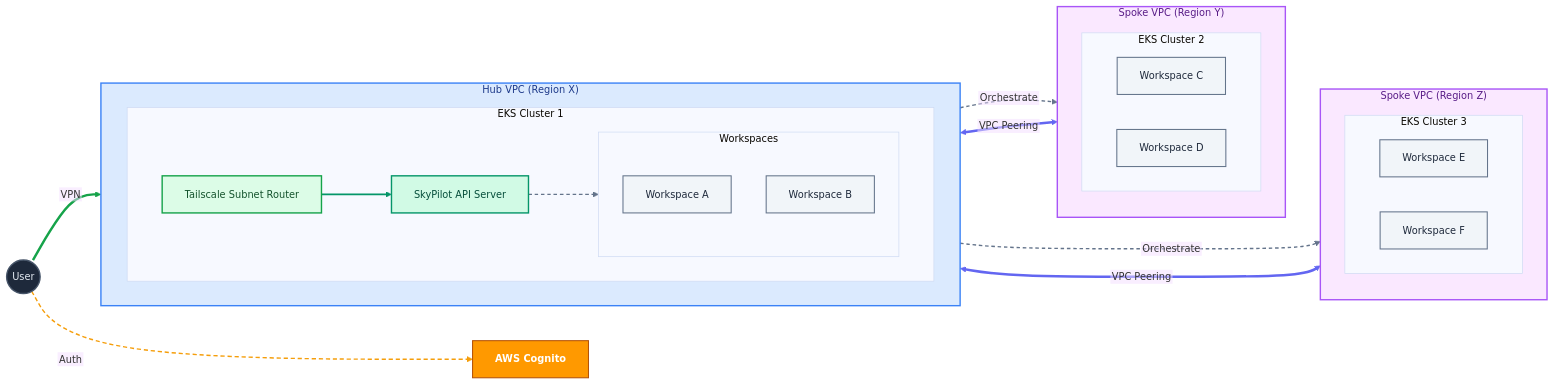
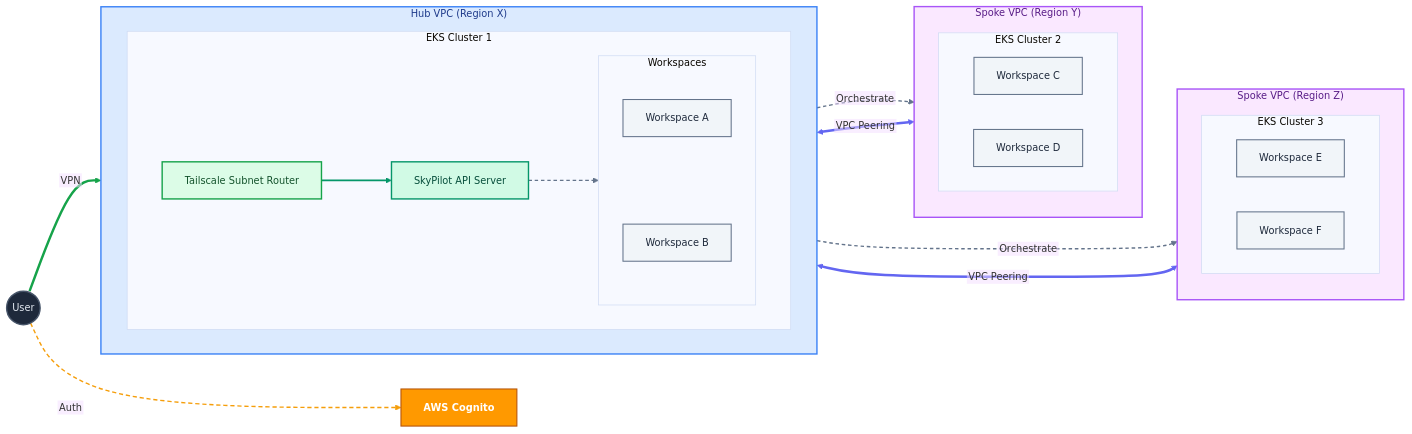
The diagram in projects/skypilot-multi-tenant/README.md (roulbac/pulumi-eks-ml), drawn with Mermaid before and after one commit.

Commit message:
Stack hub EKS cluster workspaces vertically
Mermaid ignored the Workspaces subgraph's TB direction under the LR
parent and laid Workspace A and B out side by side. Add an invisible
WA ~~~ WB ordering link to stack them vertically.

Claude-Session: https://claude.ai/code/session_01Mzp6ZE86fVjyEgb596Z5HG

```diff
--- a/projects/skypilot-multi-tenant/README.md
+++ b/projects/skypilot-multi-tenant/README.md
@@ -90,6 +90,9 @@
     %% invisible link: lay the two spoke VPCs out side by side (horizontal row)
     EKS2 ~~~ EKS3
 
+    %% invisible link: stack the hub workspaces vertically
+    WA ~~~ WB
+
     class HubVPC hub;
     class Spoke1,Spoke2 spoke;
 
@@ -100,7 +103,7 @@
     %% 3: User ==> Tailscale
     %% 4-5: API -.-> EKS2/EKS3 (cross-region orchestration)
     %% 6-7: HubVPC <==> Spoke1/Spoke2 (VPC peering)
-    %% 8: EKS2 ~~~ EKS3 (invisible layout link, left unstyled)
+    %% 8-9: EKS2 ~~~ EKS3, WA ~~~ WB (invisible layout links, left unstyled)
     linkStyle 0 stroke:#059669,stroke-width:2.5px;
     linkStyle 1,4,5 stroke:#64748b,stroke-width:2px,stroke-dasharray:5 4;
     linkStyle 2 stroke:#f59e0b,stroke-width:2px,stroke-dasharray:6 4;
```
